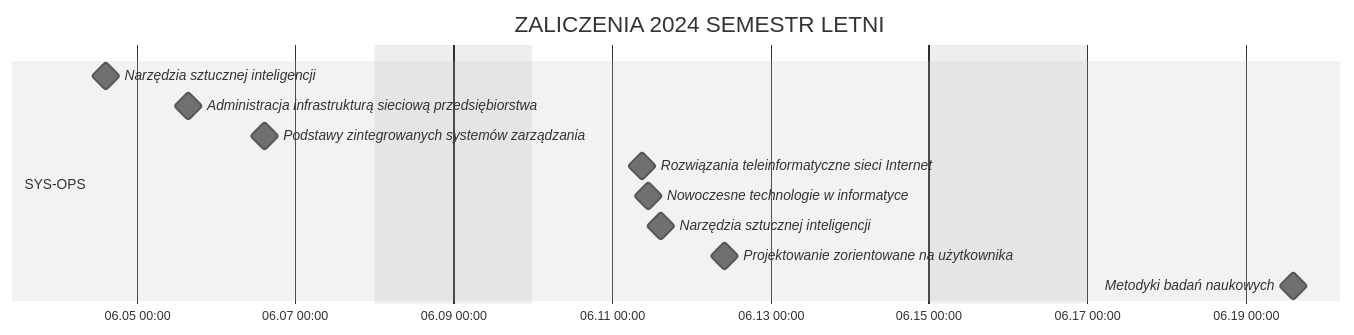
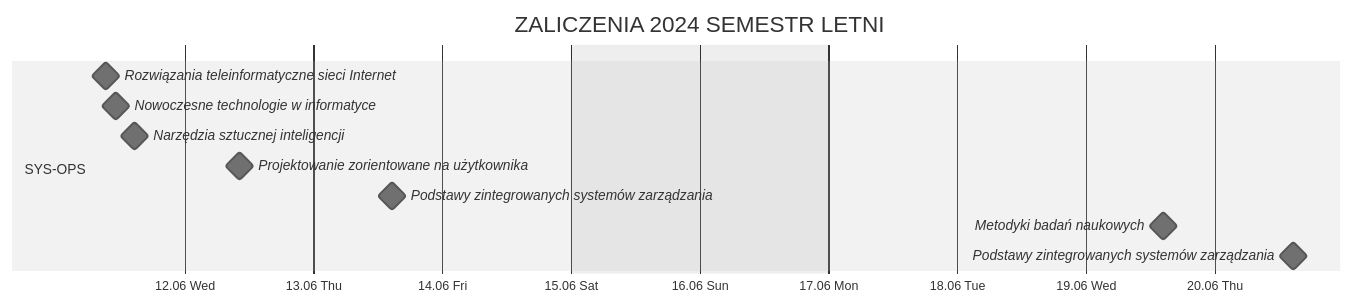
One commit to Week-end-Development/WED changed the diagram in INFO.md. Above: the diagram before and after it, drawn with Mermaid (neutral theme). The commit also changed other lines of this file, not shown here.

````diff
--- a/INFO.md
+++ b/INFO.md
@@ -32,16 +17,17 @@
 ```mermaid
 gantt
   title ZALICZENIA 2024 SEMESTR LETNI
   dateFormat MM-DD HH:mm
-  axisFormat %m.%d %H:%M
+  axisFormat %d.%m %a
   excludes weekends
   section SYS-OPS
-    Narzędzia sztucznej inteligencji : milestone, 2024-06-04 14:40, 0d
-    Administracja infrastrukturą sieciową przedsiębiorstwa : milestone, 2024-06-05 15:30, 0d 
-    Podstawy zintegrowanych systemów zarządzania  : milestone, 2024-06-06 14:40, 0d
+    %Narzędzia sztucznej inteligencji : milestone, 2024-06-04 14:40, 0d
+    %Administracja infrastrukturą sieciową przedsiębiorstwa : milestone, 2024-06-05 15:30, 0d
     Rozwiązania teleinformatyczne sieci Internet : milestone, 2024-06-11 09:15, 0d
     Nowoczesne technologie w informatyce : milestone, 2024-06-11 11:00, 0d
     Narzędzia sztucznej inteligencji : milestone, 2024-06-11 14:40, 0d
     Projektowanie zorientowane na użytkownika : milestone, 2024-06-12 10:05, 0d
+    Podstawy zintegrowanych systemów zarządzania  : milestone, 2024-06-13 14:40, 0d
     Metodyki badań naukowych : milestone, 2024-06-19 14:30, 0d
+    Podstawy zintegrowanych systemów zarządzania  : milestone, 2024-06-20 14:40, 0d
 ```
````
